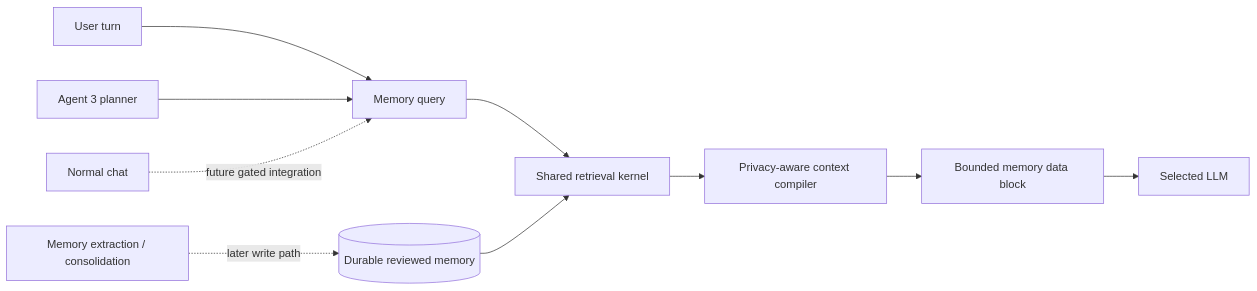
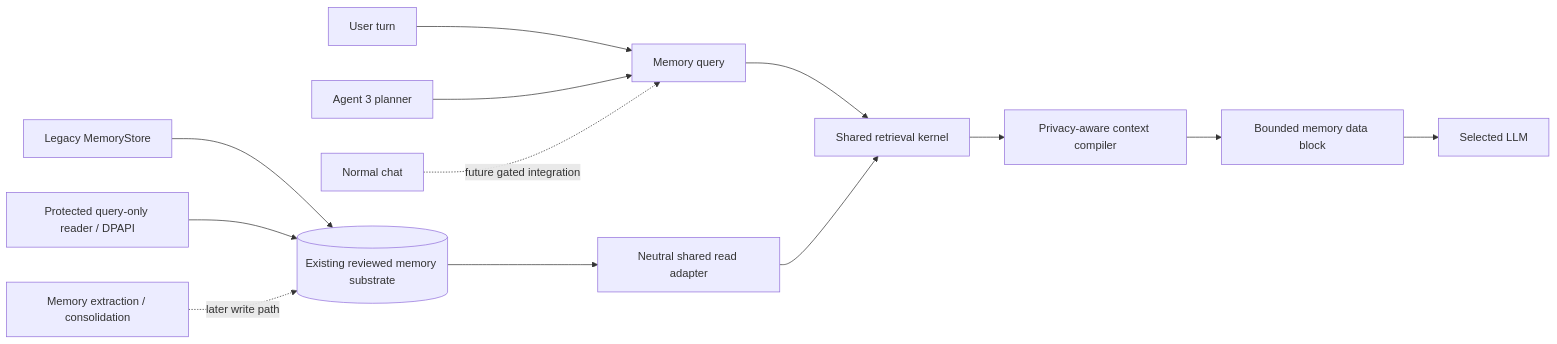
Before and after one commit to Ternedal/ModelRig: the diagram in docs/memory/MEMORY_4.md, drawn with Mermaid. The commit also changed other lines of this file and 6 other files, not shown here.

Commit message:
feat(memory): add neutral shared read adapter (M4-R02)

````diff
--- a/docs/memory/MEMORY_4.md
+++ b/docs/memory/MEMORY_4.md
@@ -31,14 +31,18 @@
 ```mermaid
 flowchart LR
     U[User turn] --> Q[Memory query]
     Q --> R[Shared retrieval kernel]
-    S[(Durable reviewed memory)] --> R
+    S[(Existing reviewed memory substrate)] --> A[Neutral shared read adapter]
+    A --> R
     R --> C[Privacy-aware context compiler]
     C --> B[Bounded memory data block]
     B --> L[Selected LLM]
+
+    LEG[Legacy MemoryStore] --> S
+    PROT[Protected query-only reader / DPAPI] --> S
 
     A3[Agent 3 planner] --> Q
     NC[Normal chat] -. future gated integration .-> Q
 
     X[Memory extraction / consolidation] -. later write path .-> S
 ```
````
